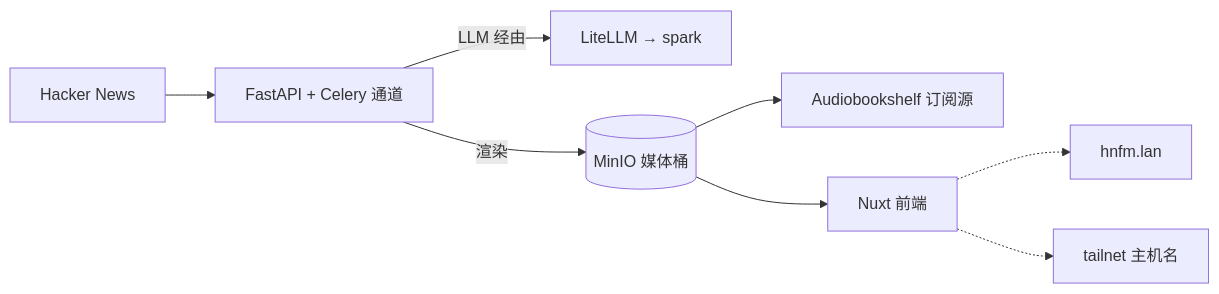
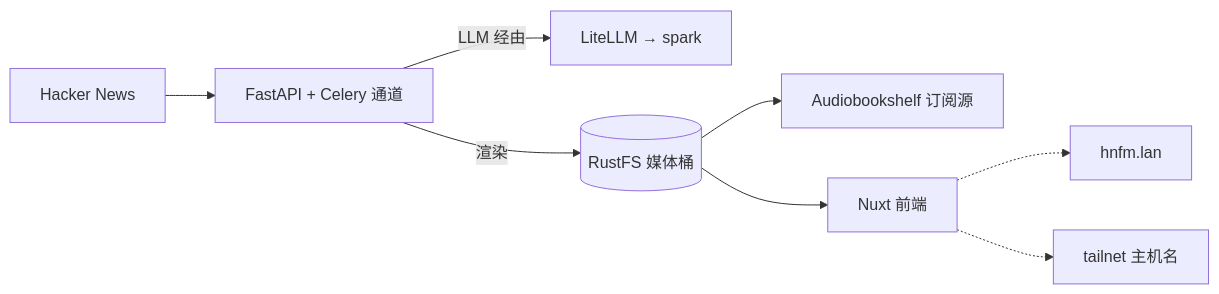
Before and after one commit to briancaffey/home-lab: the diagram in docs-site/i18n/zh-Hans/docusaurus-plugin-content-docs/current/media/hnfm.md, drawn with Mermaid. The commit also changed other lines of this file and 28 other files, not shown here.

````diff
--- a/docs-site/i18n/zh-Hans/docusaurus-plugin-content-docs/current/media/hnfm.md
+++ b/docs-site/i18n/zh-Hans/docusaurus-plugin-content-docs/current/media/hnfm.md
@@ -23,10 +23,10 @@
 ```mermaid
 flowchart LR
     HN[Hacker News] --> WEB[FastAPI + Celery 通道]
     WEB -->|LLM 经由| LLM[LiteLLM → spark]
-    WEB -->|渲染| MEDIA[(MinIO 媒体桶)]
+    WEB -->|渲染| MEDIA[(RustFS 媒体桶)]
     MEDIA --> ABS[Audiobookshelf 订阅源]
     MEDIA --> FE[Nuxt 前端]
     FE -.-> LAN[hnfm.lan]
     FE -.-> TS[tailnet 主机名]
 ```
````
